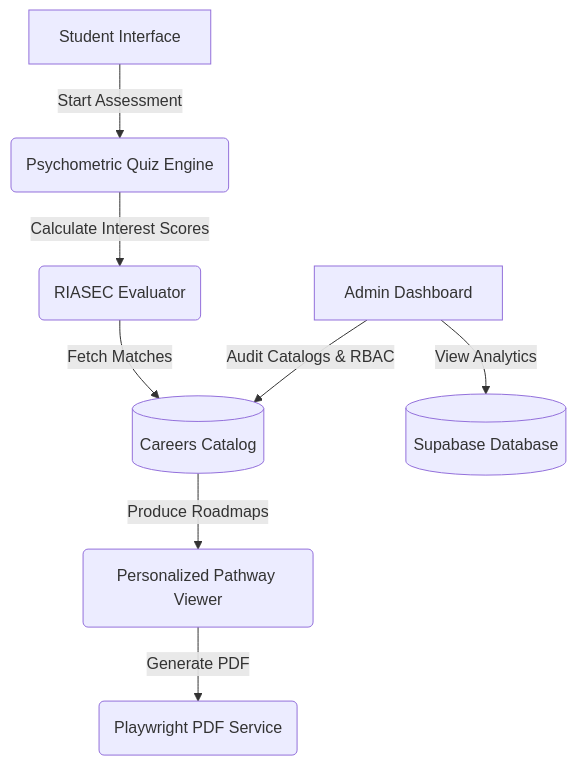
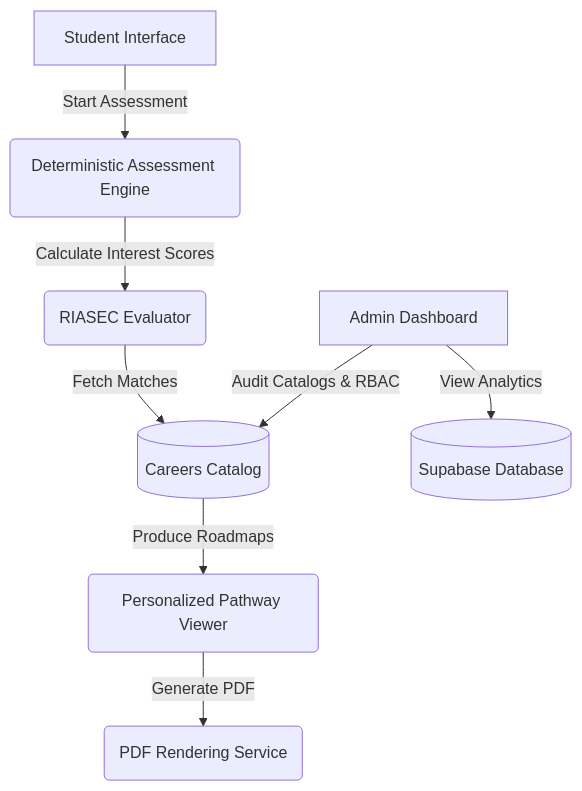
The diagram in README.md (rdp12356/Zertainity), drawn with Mermaid before and after one commit. The commit also changed other lines of this file and 33 other files, not shown here.

````diff
--- a/README.md
+++ b/README.md
@@ -22,10 +22,10 @@
 ```mermaid
 graph TD
-    A[Student Interface] -->|Start Assessment| B(Psychometric Quiz Engine)
+    A[Student Interface] -->|Start Assessment| B(Deterministic Assessment Engine)
     B -->|Calculate Interest Scores| C(RIASEC Evaluator)
     C -->|Fetch Matches| D[(Careers Catalog)]
     D -->|Produce Roadmaps| E(Personalized Pathway Viewer)
-    E -->|Generate PDF| F(Playwright PDF Service)
+    E -->|Generate PDF| F(PDF Rendering Service)
     G[Admin Dashboard] -->|Audit Catalogs & RBAC| D
     G -->|View Analytics| H[(Supabase Database)]
 ```
````
